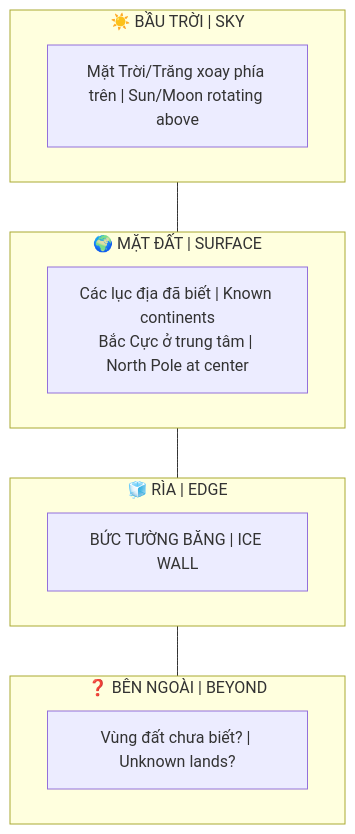
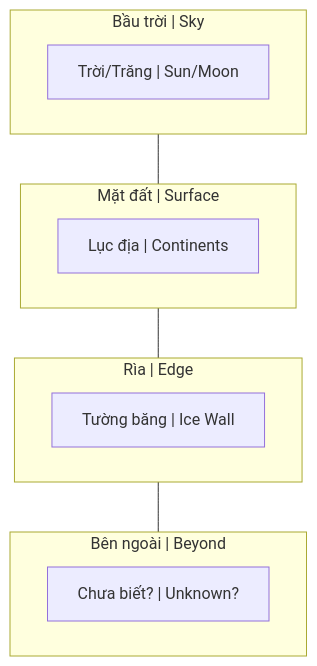
The diagram in politics-conspiracy/Bức Tường Băng.md (dyukahi/knowledge), drawn with Mermaid before and after one commit. The commit also changed 1 other file, not shown here.

Commit message:
Shorten Mermaid text: avoid word-wrap, cleaner display

````diff
--- a/politics-conspiracy/Bức Tường Băng.md
+++ b/politics-conspiracy/Bức Tường Băng.md
@@ -24,20 +24,20 @@
 ```mermaid
 flowchart TB
-    subgraph Sky["☀️ BẦU TRỜI | SKY"]
-        Sun["Mặt Trời/Trăng xoay phía trên | Sun/Moon rotating above"]
+    subgraph Sky["Bầu trời | Sky"]
+        Sun["Trời/Trăng | Sun/Moon"]
     end
     
-    subgraph Surface["🌍 MẶT ĐẤT | SURFACE"]
-        Land["Các lục địa đã biết | Known continents<br/>Bắc Cực ở trung tâm | North Pole at center"]
+    subgraph Surface["Mặt đất | Surface"]
+        Land["Lục địa | Continents"]
     end
     
-    subgraph Edge["🧊 RÌA | EDGE"]
-        Ice["BỨC TƯỜNG BĂNG | ICE WALL"]
+    subgraph Edge["Rìa | Edge"]
+        Ice["Tường băng | Ice Wall"]
     end
     
-    subgraph Beyond["❓ BÊN NGOÀI | BEYOND"]
-        Unknown["Vùng đất chưa biết? | Unknown lands?"]
+    subgraph Beyond["Bên ngoài | Beyond"]
+        Unknown["Chưa biết? | Unknown?"]
     end
     
     Sky --- Surface --- Edge --- Beyond
 ```
````
